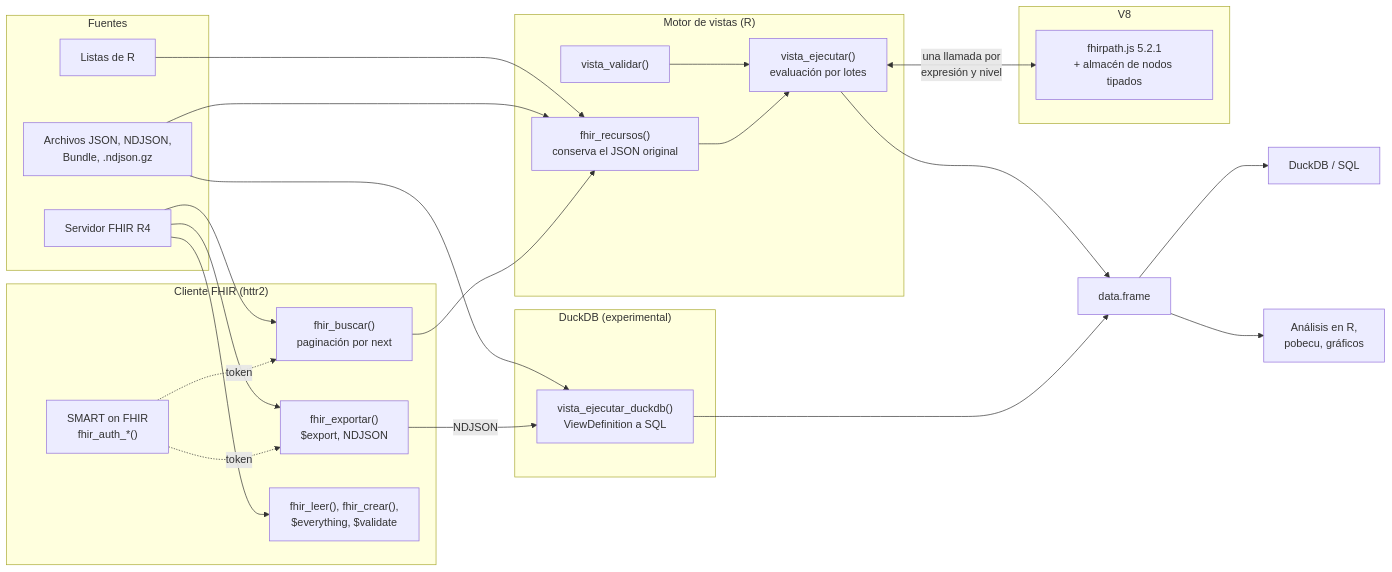
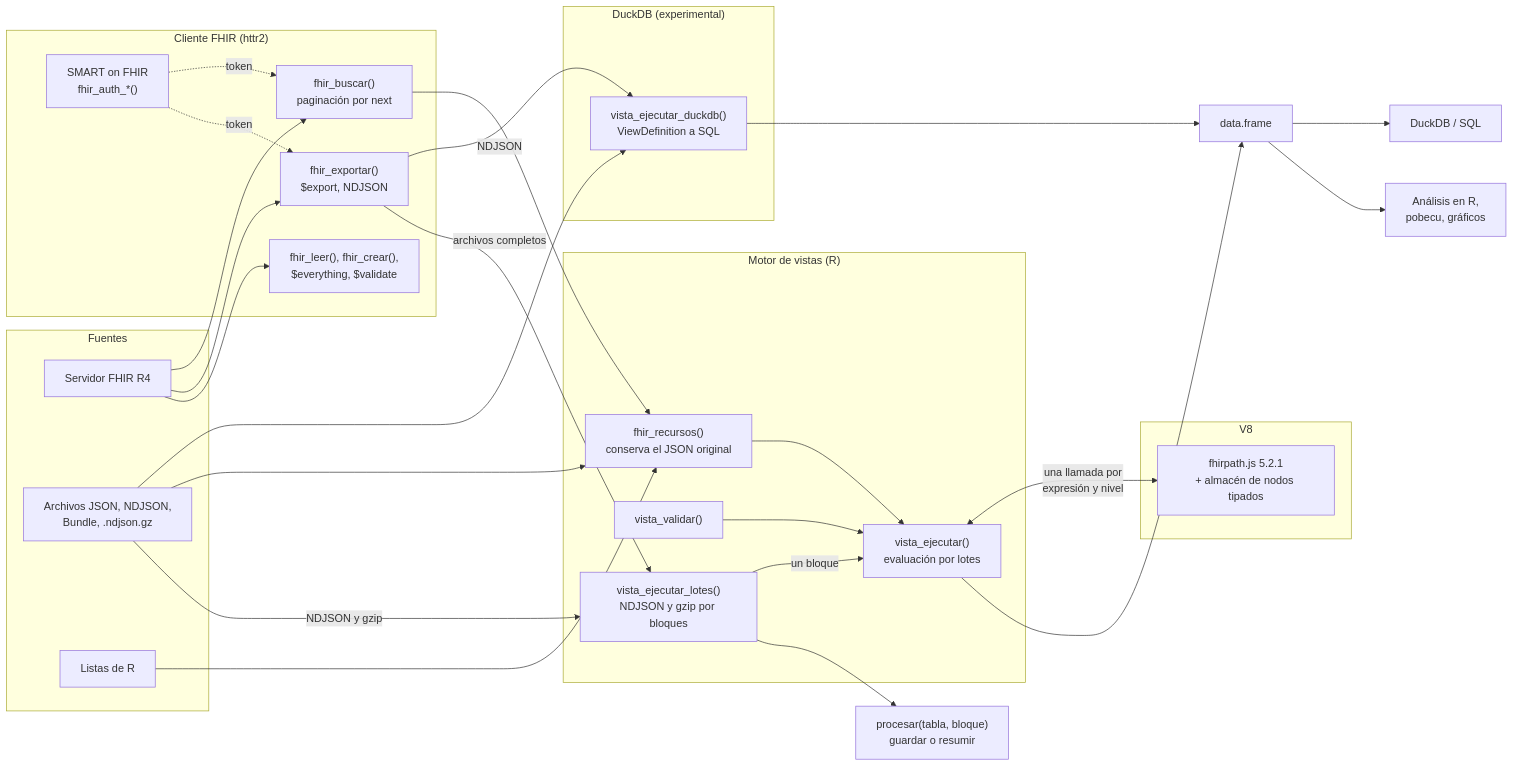
One commit to f-slg/fhirviews changed the first of 5 diagrams in README.md. Above: the diagram before and after it, drawn with Mermaid. The commit also changed other lines of this file and 18 other files, not shown here.

Commit message:
Mejora procesamiento por bloques, recuperación de exportaciones y documentación

````diff
--- a/README.md
+++ b/README.md
@@ -347,41 +421,46 @@
 ```mermaid
 flowchart LR
     subgraph Fuentes
         S["Servidor FHIR R4"]
         F["Archivos JSON, NDJSON,<br/>Bundle, .ndjson.gz"]
         L["Listas de R"]
     end
     subgraph Cliente["Cliente FHIR (httr2)"]
         AU["SMART on FHIR<br/>fhir_auth_*()"]
         B["fhir_buscar()<br/>paginación por next"]
         X["fhir_exportar()<br/>$export, NDJSON"]
         P["fhir_leer(), fhir_crear(),<br/>$everything, $validate"]
     end
     subgraph Motor["Motor de vistas (R)"]
         R["fhir_recursos()<br/>conserva el JSON original"]
         V["vista_validar()"]
         E["vista_ejecutar()<br/>evaluación por lotes"]
+        BL["vista_ejecutar_lotes()<br/>NDJSON y gzip por bloques"]
     end
     subgraph JS["V8"]
         FP["fhirpath.js 5.2.1<br/>+ almacén de nodos tipados"]
     end
     subgraph DK["DuckDB (experimental)"]
         SQ["vista_ejecutar_duckdb()<br/>ViewDefinition a SQL"]
     end
     AU -.->|"token"| B
     AU -.->|"token"| X
     S --> B --> R
     S --> X
     S --> P
     X -->|"NDJSON"| SQ
     F --> SQ
     SQ --> T
     F --> R
+    F -->|"NDJSON y gzip"| BL
+    X -->|"archivos completos"| BL
+    BL -->|"un bloque"| E
+    BL --> CB["procesar(tabla, bloque)<br/>guardar o resumir"]
     L --> R
     R --> E
     V --> E
     E <-->|"una llamada por<br/>expresión y nivel"| FP
     E --> T["data.frame"]
     T --> D["DuckDB / SQL"]
     T --> A["Análisis en R,<br/>pobecu, gráficos"]
 ```
````
